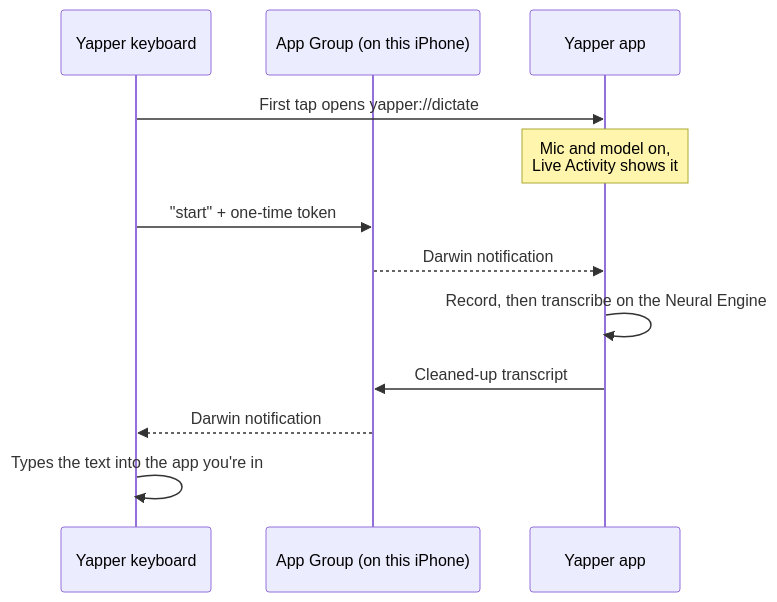
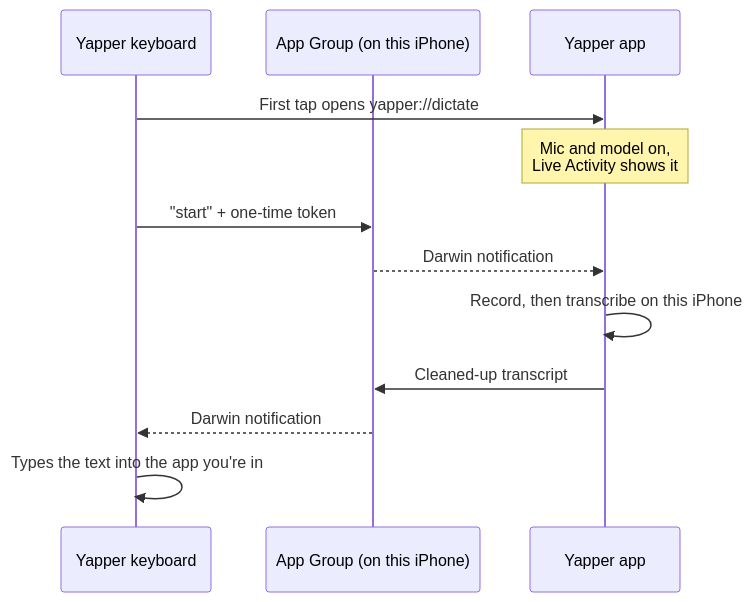
The diagram in README.md (justingluska/yapper), drawn with Mermaid before and after one commit. The commit also changed other lines of this file and 5 other files, not shown here.

````diff
--- a/README.md
+++ b/README.md
@@ -112,14 +112,14 @@
 ```mermaid
 sequenceDiagram
     participant K as Yapper keyboard
     participant G as App Group (on this iPhone)
     participant A as Yapper app
     K->>A: First tap opens yapper://dictate
     Note over A: Mic and model on,<br/>Live Activity shows it
     K->>G: "start" + one-time token
     G-->>A: Darwin notification
-    A->>A: Record, then transcribe on the Neural Engine
+    A->>A: Record, then transcribe on this iPhone
     A->>G: Cleaned-up transcript
     G-->>K: Darwin notification
     K->>K: Types the text into the app you're in
 ```
````
